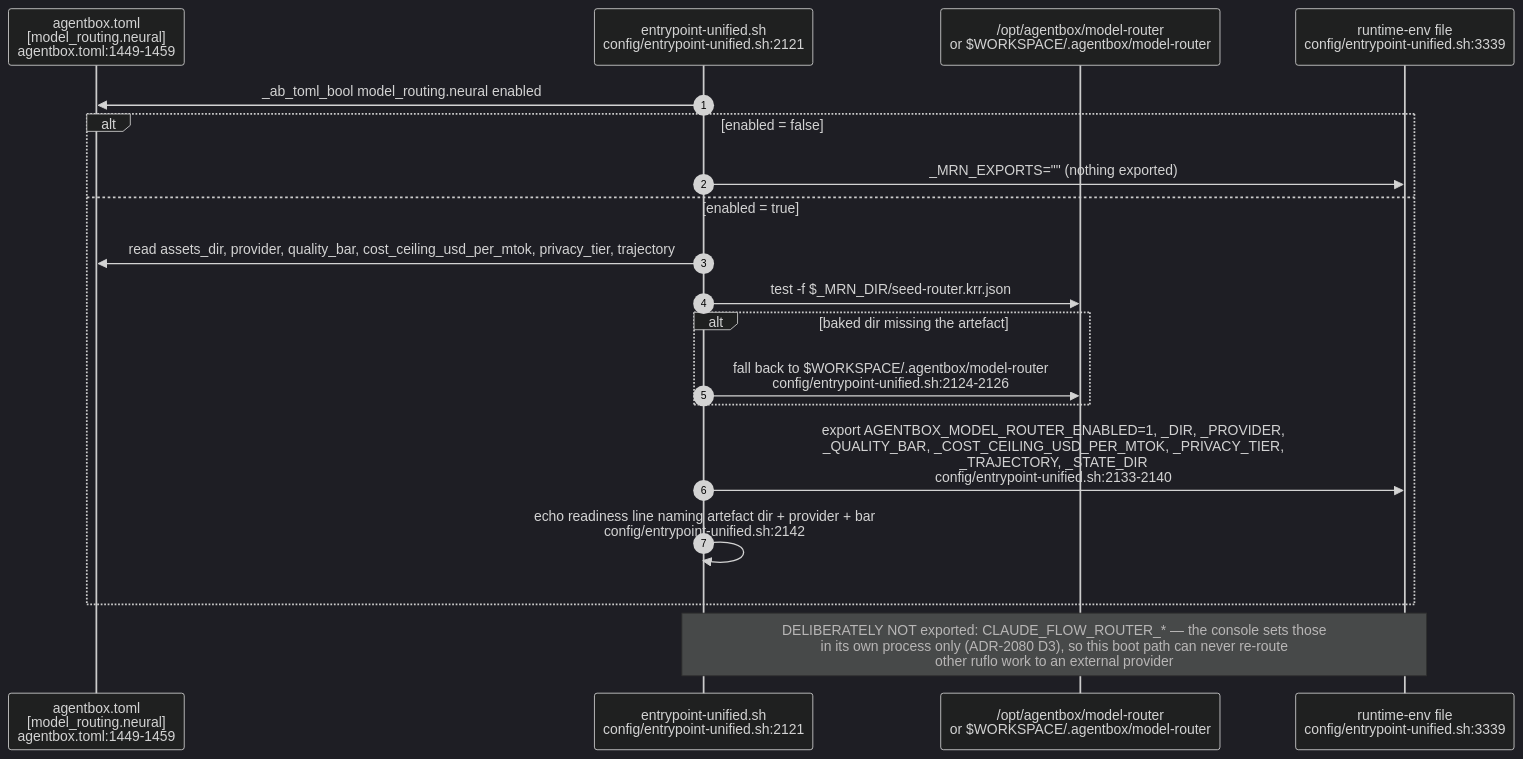
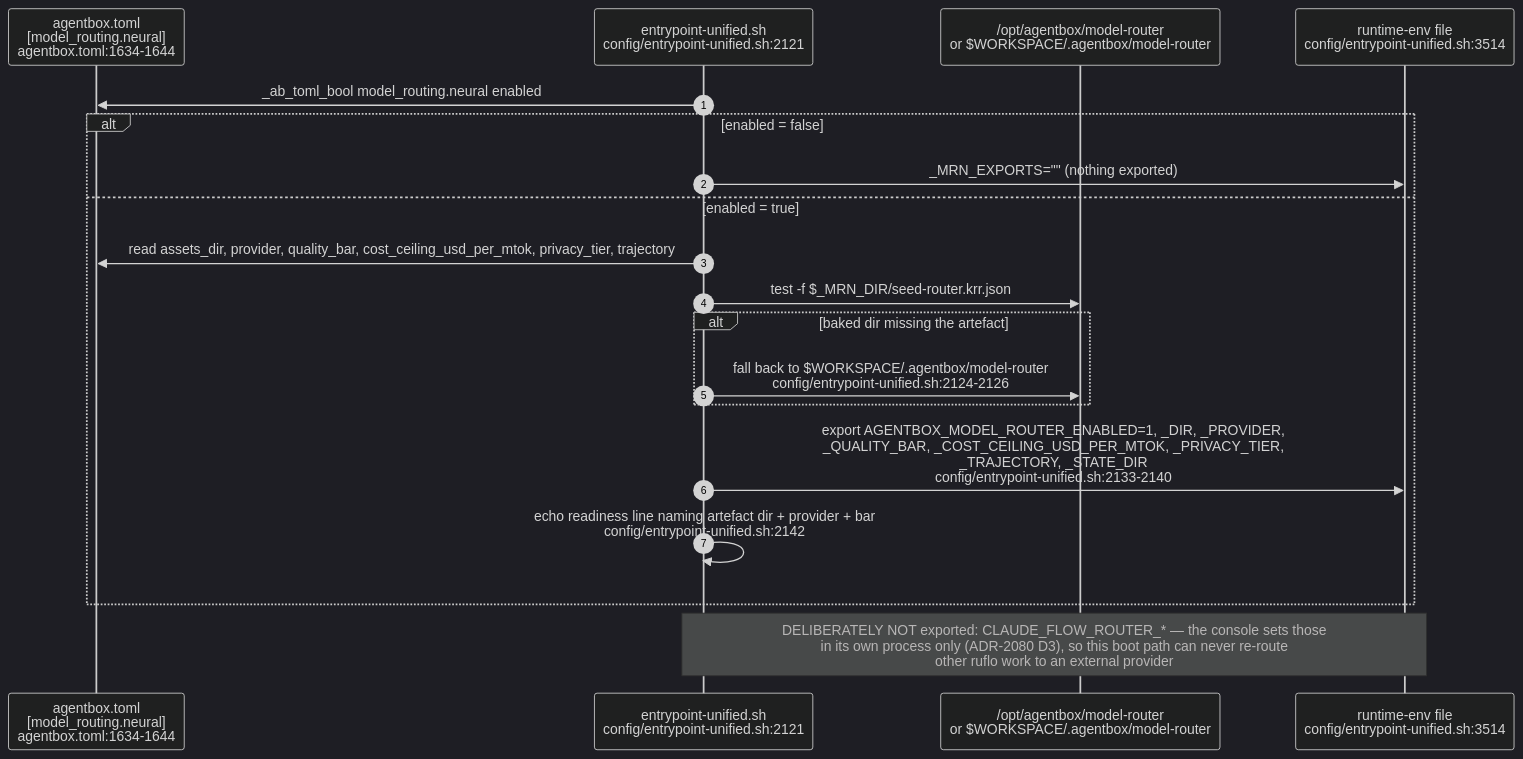
One commit to DreamLab-AI/VisionFlow changed the second of 9 diagrams in docs/diagrams/agentbox/29-metaharness-router-console.md. Above: the diagram before and after it, drawn with Mermaid (dark theme). The commit also changed other lines of this file and 80 other files, not shown here.

First line of the commit message:
docs(diagrams): re-verify the agentbox, dreamlab, estate and visionflow corpus against current sources

````diff
--- a/docs/diagrams/agentbox/29-metaharness-router-console.md
+++ b/docs/diagrams/agentbox/29-metaharness-router-console.md
@@ -64,22 +64,22 @@
 ```mermaid
 sequenceDiagram
     autonumber
-    participant TOML as agentbox.toml<br/>[model_routing.neural]<br/>agentbox.toml:1449-1459
+    participant TOML as agentbox.toml<br/>[model_routing.neural]<br/>agentbox.toml:1634-1644
     participant EP as entrypoint-unified.sh<br/>config/entrypoint-unified.sh:2121
     participant DISK as /opt/agentbox/model-router<br/>or $WORKSPACE/.agentbox/model-router
-    participant ENV as runtime-env file<br/>config/entrypoint-unified.sh:3339
+    participant ENV as runtime-env file<br/>config/entrypoint-unified.sh:3514
 
     EP->>TOML: _ab_toml_bool model_routing.neural enabled
     alt enabled = false
         EP->>ENV: _MRN_EXPORTS="" (nothing exported)
     else enabled = true
         EP->>TOML: read assets_dir, provider, quality_bar, cost_ceiling_usd_per_mtok, privacy_tier, trajectory
         EP->>DISK: test -f $_MRN_DIR/seed-router.krr.json
         alt baked dir missing the artefact
             EP->>DISK: fall back to $WORKSPACE/.agentbox/model-router<br/>config/entrypoint-unified.sh:2124-2126
         end
         EP->>ENV: export AGENTBOX_MODEL_ROUTER_ENABLED=1, _DIR, _PROVIDER,<br/>_QUALITY_BAR, _COST_CEILING_USD_PER_MTOK, _PRIVACY_TIER,<br/>_TRAJECTORY, _STATE_DIR<br/>config/entrypoint-unified.sh:2133-2140
         EP->>EP: echo readiness line naming artefact dir + provider + bar<br/>config/entrypoint-unified.sh:2142
     end
     Note over EP,ENV: DELIBERATELY NOT exported: CLAUDE_FLOW_ROUTER_* — the console sets those<br/>in its own process only (ADR-2080 D3), so this boot path can never re-route<br/>other ruflo work to an external provider
 ```
````
